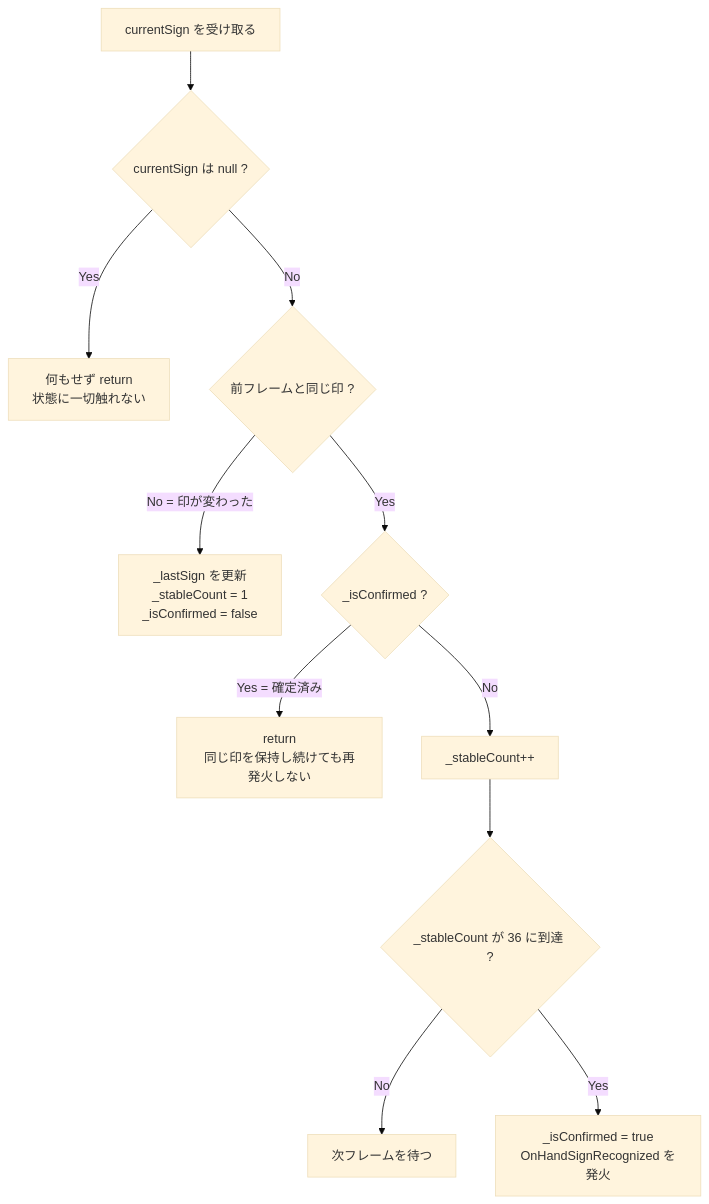
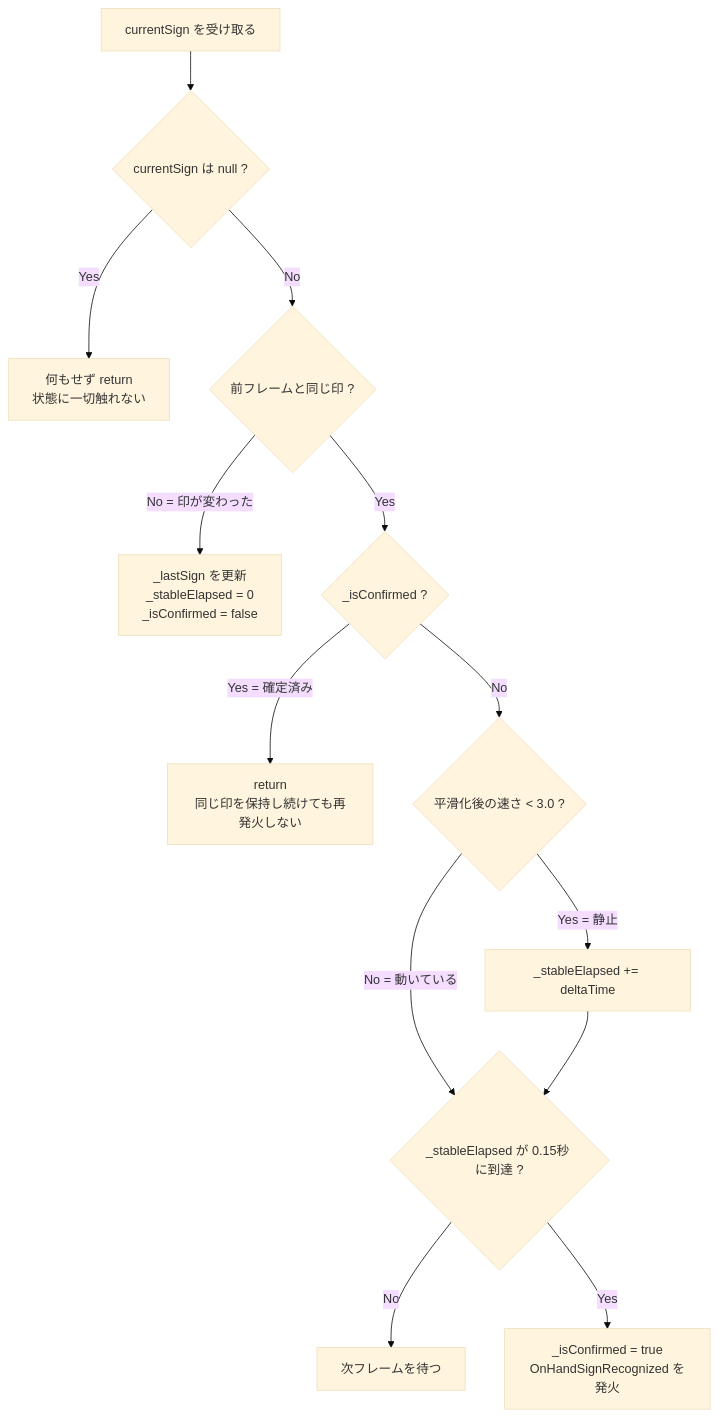
The third of 3 diagrams in MUDRA/docs/architecture/01_hand_input.md (Kapi0622/MUDRA), drawn with Mermaid (base theme) before and after one commit. The commit also changed other lines of this file and 12 other files, not shown here.

````diff
--- a/MUDRA/docs/architecture/01_hand_input.md
+++ b/MUDRA/docs/architecture/01_hand_input.md
@@ -233,13 +282,15 @@
 ```mermaid
 flowchart TD
     IN["currentSign を受け取る"] --> Q1{"currentSign は null ?"}
     Q1 -->|"Yes"| R1["何もせず return<br/>状態に一切触れない"]
     Q1 -->|"No"| Q2{"前フレームと同じ印 ?"}
-    Q2 -->|"No = 印が変わった"| RESET["_lastSign を更新<br/>_stableCount = 1<br/>_isConfirmed = false"]
+    Q2 -->|"No = 印が変わった"| RESET["_lastSign を更新<br/>_stableElapsed = 0<br/>_isConfirmed = false"]
     Q2 -->|"Yes"| Q3{"_isConfirmed ?"}
     Q3 -->|"Yes = 確定済み"| R2["return<br/>同じ印を保持し続けても再発火しない"]
-    Q3 -->|"No"| INC["_stableCount++"]
-    INC --> Q4{"_stableCount が 36 に到達 ?"}
+    Q3 -->|"No"| QS{"平滑化後の速さ < 3.0 ?"}
+    QS -->|"Yes = 静止"| INC["_stableElapsed += deltaTime"]
+    QS -->|"No = 動いている"| Q4
+    INC --> Q4{"_stableElapsed が 0.15秒 に到達 ?"}
     Q4 -->|"No"| WAIT["次フレームを待つ"]
     Q4 -->|"Yes"| FIRE["_isConfirmed = true<br/>OnHandSignRecognized を発火"]
 ```
````
